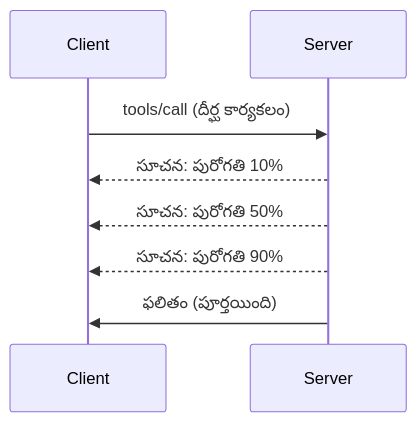
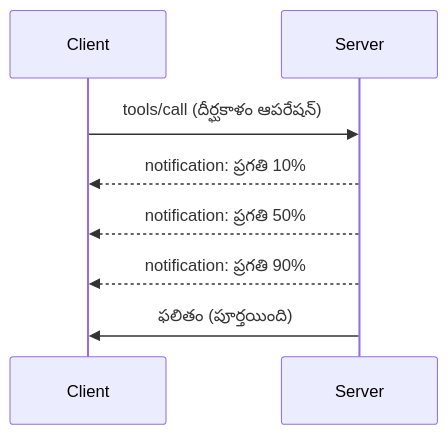
The diagram in mcp_ecosystem__model_context_protocol/mcp_learning_resources/mcp-for-beginners/translations/te/05-AdvancedTopics/mcp-protocol-features/README.md (HIDORAKAI002/ai-workspace-archive), drawn with Mermaid before and after one commit. The commit also changed other lines of this file and 1046 other files, not shown here.

````diff
--- a/mcp_ecosystem__model_context_protocol/mcp_learning_resources/mcp-for-beginners/translations/te/05-AdvancedTopics/mcp-protocol-features/README.md
+++ b/mcp_ecosystem__model_context_protocol/mcp_learning_resources/mcp-for-beginners/translations/te/05-AdvancedTopics/mcp-protocol-features/README.md
@@ -22,11 +24,11 @@
 ```mermaid
 sequenceDiagram
     participant Client
     participant Server
     
-    Client->>Server: tools/call (దీర్ఘ కార్యకలం)
-    Server-->>Client: సూచన: పురోగతి 10%
-    Server-->>Client: సూచన: పురోగతి 50%
-    Server-->>Client: సూచన: పురోగతి 90%
+    Client->>Server: tools/call (దీర్ఘకాళం ఆపరేషన్)
+    Server-->>Client: notification: ప్రగతి 10%
+    Server-->>Client: notification: ప్రగతి 50%
+    Server-->>Client: notification: ప్రగతి 90%
     Server->>Client: ఫలితం (పూర్తయింది)
 ```
````
